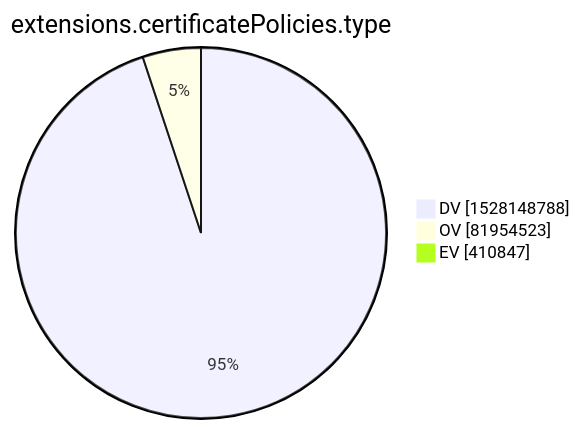
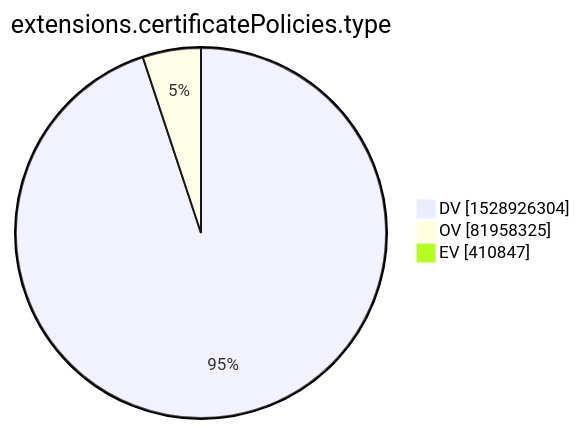
Before and after one commit to christiankrug/ctmonitor_visualization: the tenth of 15 diagrams in xenon2022/README.md, drawn with Mermaid. The commit also changed other lines of this file, not shown here.

````diff
--- a/xenon2022/README.md
+++ b/xenon2022/README.md
@@ -2875,7 +2875,7 @@
 ```mermaid
 pie showData
 title extensions.certificatePolicies.type
-"DV" :1528148788
-"OV" :81954523
+"DV" :1528926304
+"OV" :81958325
 "EV" :410847
 ```
````
